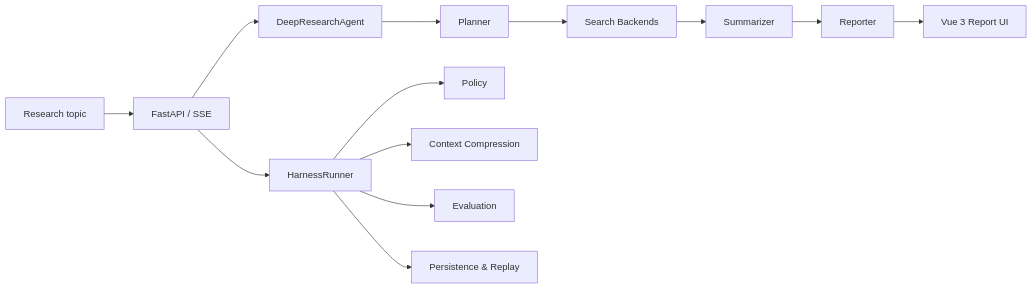
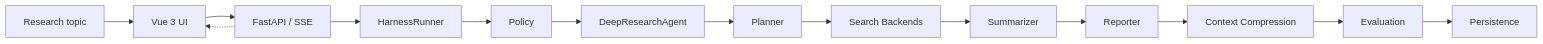
Before and after one commit to 9dianbiqi/ha_deepresearch: the second of 2 diagrams in README.md, drawn with Mermaid. The commit also changed other lines of this file, not shown here.

Commit message:
docs: align architecture and capability claims

````diff
--- a/README.md
+++ b/README.md
@@ -231,16 +231,16 @@
 ```mermaid
 flowchart LR
-    U["Research topic"] --> API["FastAPI / SSE"]
-    API --> A["DeepResearchAgent"]
+    U["Research topic"] --> UI["Vue 3 UI"]
+    UI --> API["FastAPI / SSE"]
+    API -.-> UI
+    API --> H["HarnessRunner"]
+    H --> POL["Policy"]
+    POL --> A["DeepResearchAgent"]
     A --> P["Planner"]
     P --> S["Search Backends"]
     S --> M["Summarizer"]
     M --> R["Reporter"]
-    R --> UI["Vue 3 Report UI"]
-
-    API --> H["HarnessRunner"]
-    H --> POL["Policy"]
-    H --> C["Context Compression"]
-    H --> E["Evaluation"]
-    H --> REC["Persistence & Replay"]
+    R --> C["Context Compression"]
+    C --> E["Evaluation"]
+    E --> REC["Persistence"]
 ```
````
